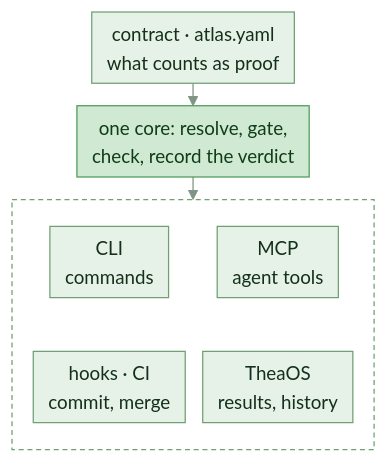
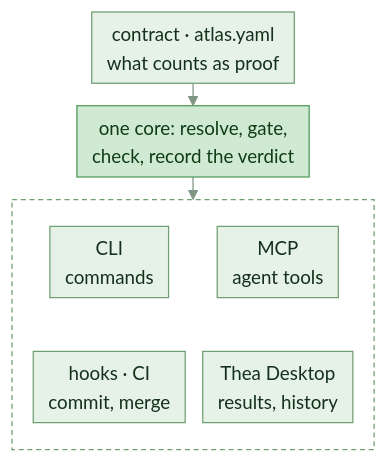
Before and after one commit to HLIntel/Headron: the diagram in README.md, drawn with Mermaid. The commit also changed other lines of this file and 46 other files, not shown here.

First line of the commit message:
Merge codex/streamline-enhancements: Rename TheaOS to Thea Desktop (#271)

````diff
--- a/README.md
+++ b/README.md
@@ -54,30 +44,30 @@
 ```mermaid
 ---
 config:
   theme: base
   themeVariables:
     primaryColor: "#e6f2e7"
     primaryBorderColor: "#6f9f73"
     primaryTextColor: "#14301a"
     lineColor: "#7f9483"
     fontSize: "15px"
   flowchart:
     padding: 6
     nodeSpacing: 14
     rankSpacing: 18
 ---
 flowchart TB
   accTitle: How Thea is built
-  accDescr: the contract says what must be checked and what counts as proof, one core resolves the file, selects its gates, runs the checks and records the verdict, and the CLI, MCP, hooks with CI and the TheaOS all reach that one core
+  accDescr: the contract says what must be checked and what counts as proof, one core resolves the file, selects its gates, runs the checks and records the verdict, and the CLI, MCP, hooks with CI and the Thea Desktop all reach that one core
   R[contract · atlas.yaml<br>what counts as proof] --> C[one core: resolve, gate,<br>check, record the verdict]
   C --> doors
   subgraph doors [ ]
     direction TB
     L[CLI<br>commands] ~~~ H[hooks · CI<br>commit, merge]
-    P[MCP<br>agent tools] ~~~ B[TheaOS<br>results, history]
+    P[MCP<br>agent tools] ~~~ B[Thea Desktop<br>results, history]
   end
   classDef core fill:#cfe9d2,stroke:#4f9a58,color:#103d17
   class C core
   classDef band fill:none,stroke:#6f9f73,stroke-dasharray:4 3
   class doors band
 ```
````
